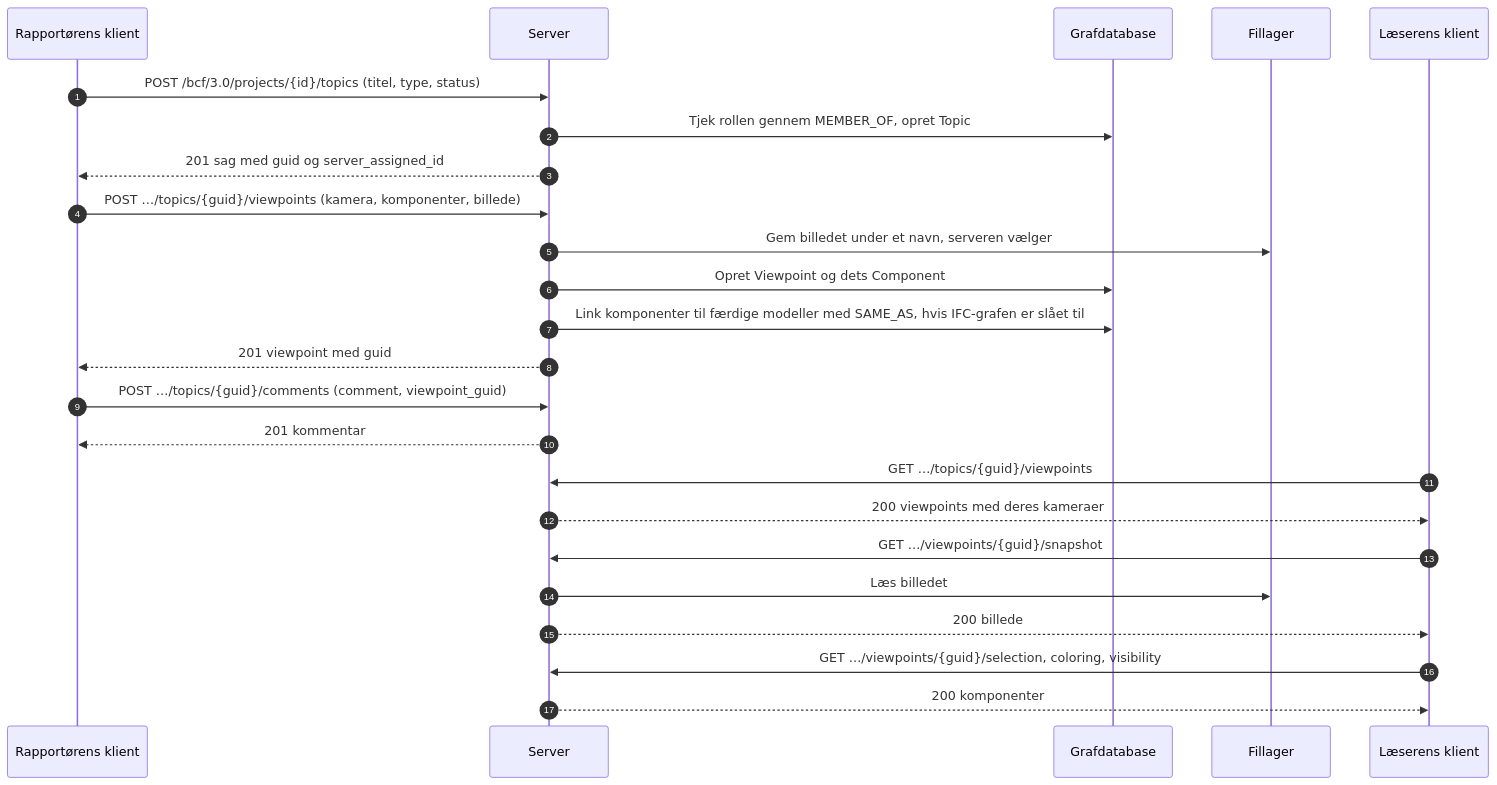
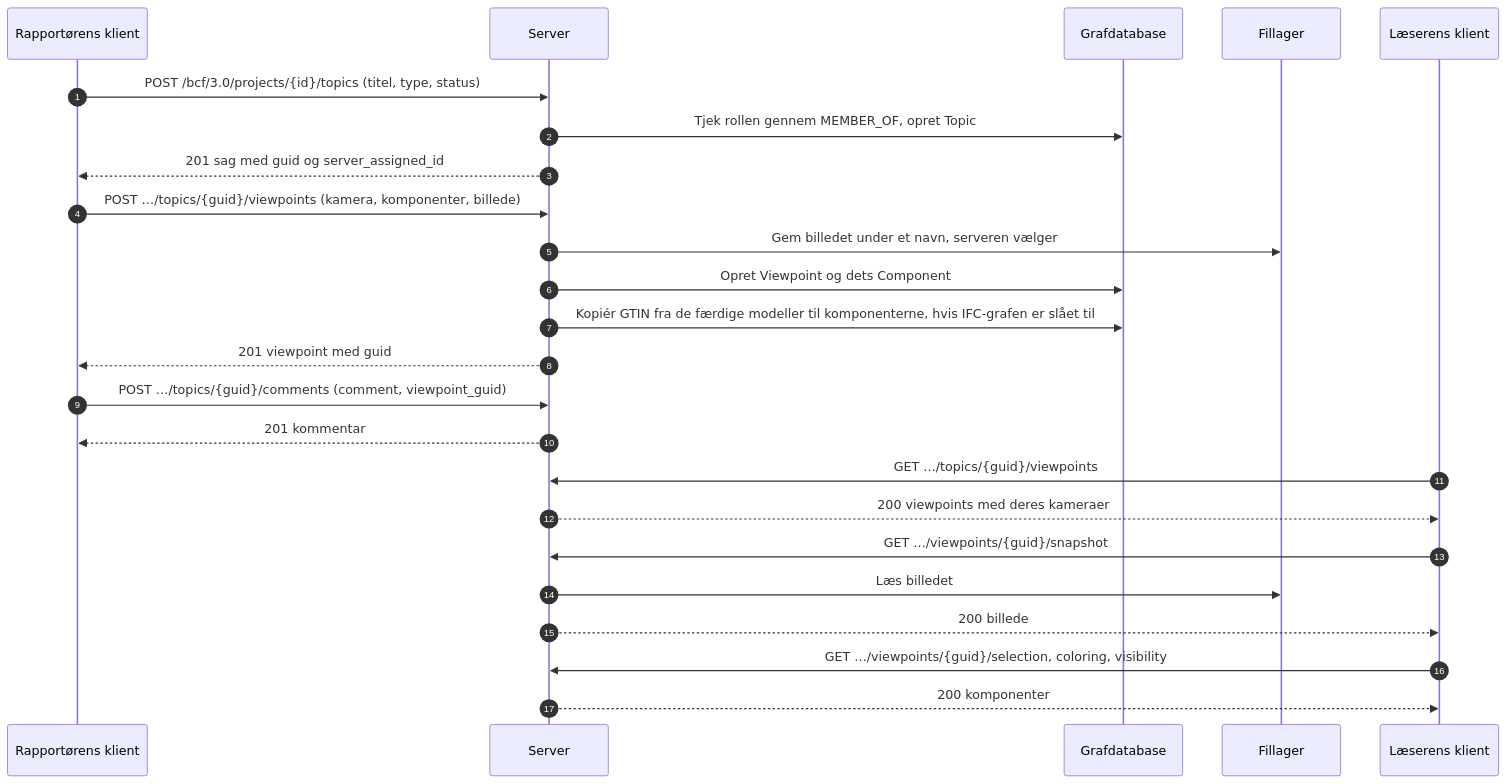
Before and after one commit to marwiss/Kontroll: the diagram in docs/da/flows/bcf-viewpoint.md, drawn with Mermaid. The commit also changed other lines of this file and 50 other files, not shown here.

First line of the commit message:
Take the queries and the GTIN from IFC-LPG

````diff
--- a/docs/da/flows/bcf-viewpoint.md
+++ b/docs/da/flows/bcf-viewpoint.md
@@ -8,27 +8,27 @@
 ```mermaid
 sequenceDiagram
     autonumber
     participant A as Rapportørens klient
     participant S as Server
     participant G as Grafdatabase
     participant F as Fillager
     participant B as Læserens klient
 
     A->>S: POST /bcf/3.0/projects/{id}/topics (titel, type, status)
     S->>G: Tjek rollen gennem MEMBER_OF, opret Topic
     S-->>A: 201 sag med guid og server_assigned_id
     A->>S: POST …/topics/{guid}/viewpoints (kamera, komponenter, billede)
     S->>F: Gem billedet under et navn, serveren vælger
     S->>G: Opret Viewpoint og dets Component
-    S->>G: Link komponenter til færdige modeller med SAME_AS, hvis IFC-grafen er slået til
+    S->>G: Kopiér GTIN fra de færdige modeller til komponenterne, hvis IFC-grafen er slået til
     S-->>A: 201 viewpoint med guid
     A->>S: POST …/topics/{guid}/comments (comment, viewpoint_guid)
     S-->>A: 201 kommentar
     B->>S: GET …/topics/{guid}/viewpoints
     S-->>B: 200 viewpoints med deres kameraer
     B->>S: GET …/viewpoints/{guid}/snapshot
     S->>F: Læs billedet
     S-->>B: 200 billede
     B->>S: GET …/viewpoints/{guid}/selection, coloring, visibility
     S-->>B: 200 komponenter
 ```
````
